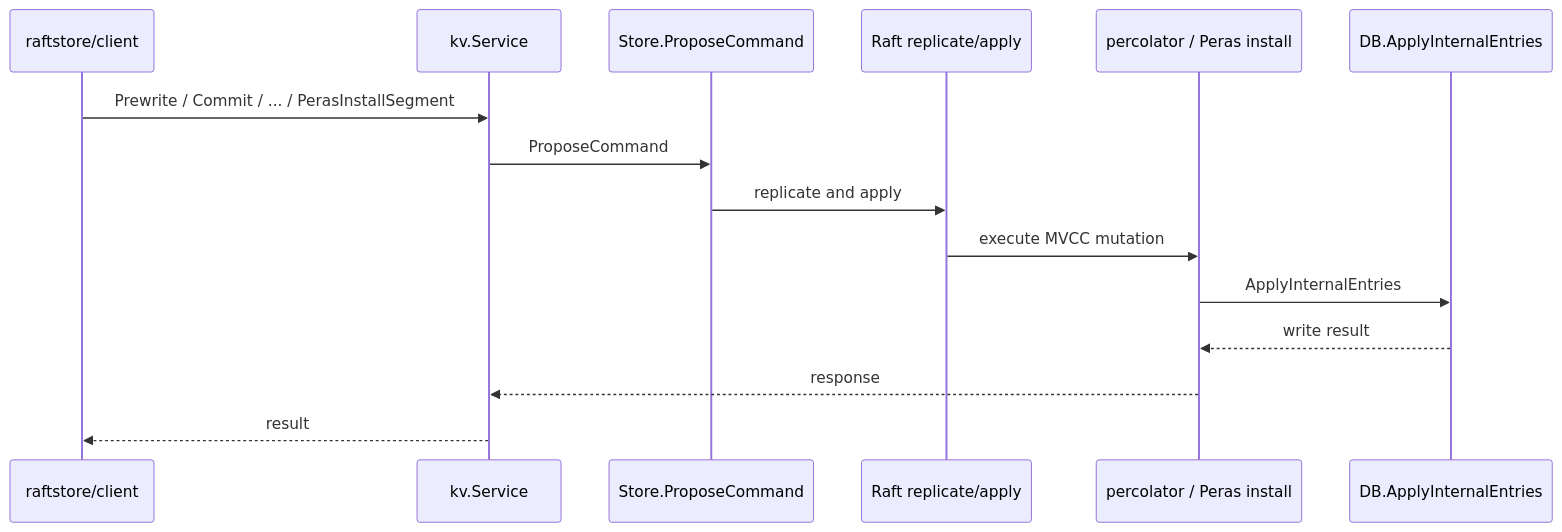
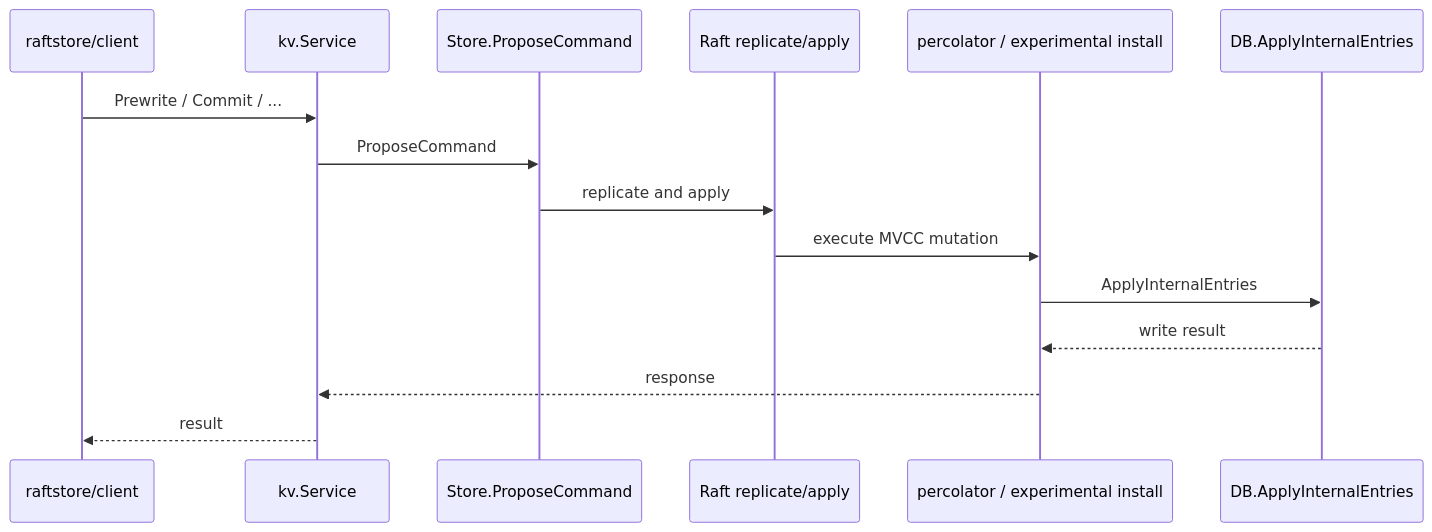
Before and after one commit to feichai0017/NoKV: the third of 3 diagrams in docs/guide/runtime.md, drawn with Mermaid. The commit also changed other lines of this file and 348 other files, not shown here.

````diff
--- a/docs/guide/runtime.md
+++ b/docs/guide/runtime.md
@@ -98,17 +104,17 @@
 ```mermaid
 sequenceDiagram
     participant CL as raftstore/client
     participant SVC as kv.Service
     participant ST as Store.ProposeCommand
     participant RF as Raft replicate/apply
-    participant TXN as percolator / Peras install
+    participant TXN as percolator / experimental install
     participant DB as DB.ApplyInternalEntries
-    CL->>SVC: Prewrite / Commit / ... / PerasInstallSegment
+    CL->>SVC: Prewrite / Commit / ...
     SVC->>ST: ProposeCommand
     ST->>RF: replicate and apply
     RF->>TXN: execute MVCC mutation
     TXN->>DB: ApplyInternalEntries
     DB-->>TXN: write result
     TXN-->>SVC: response
     SVC-->>CL: result
 ```
````
